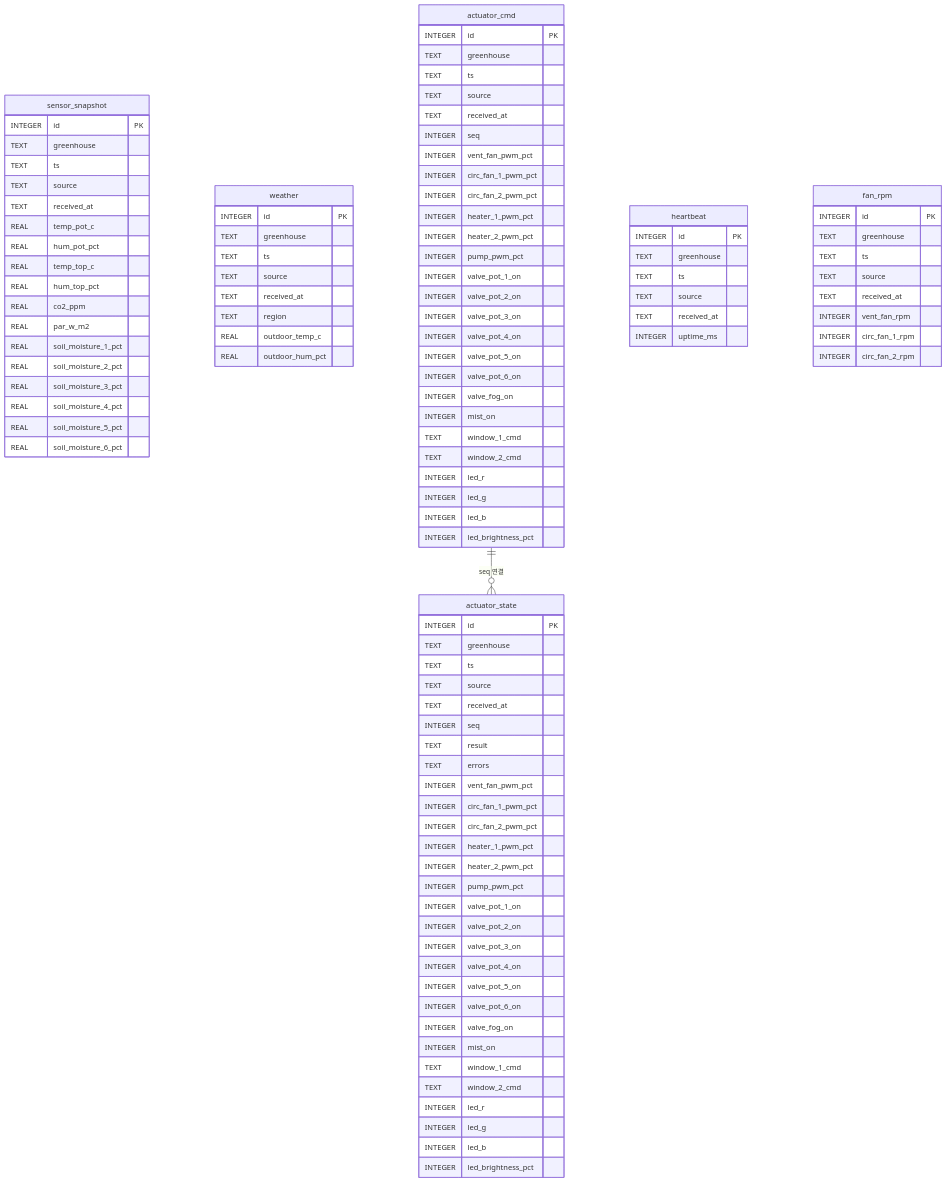
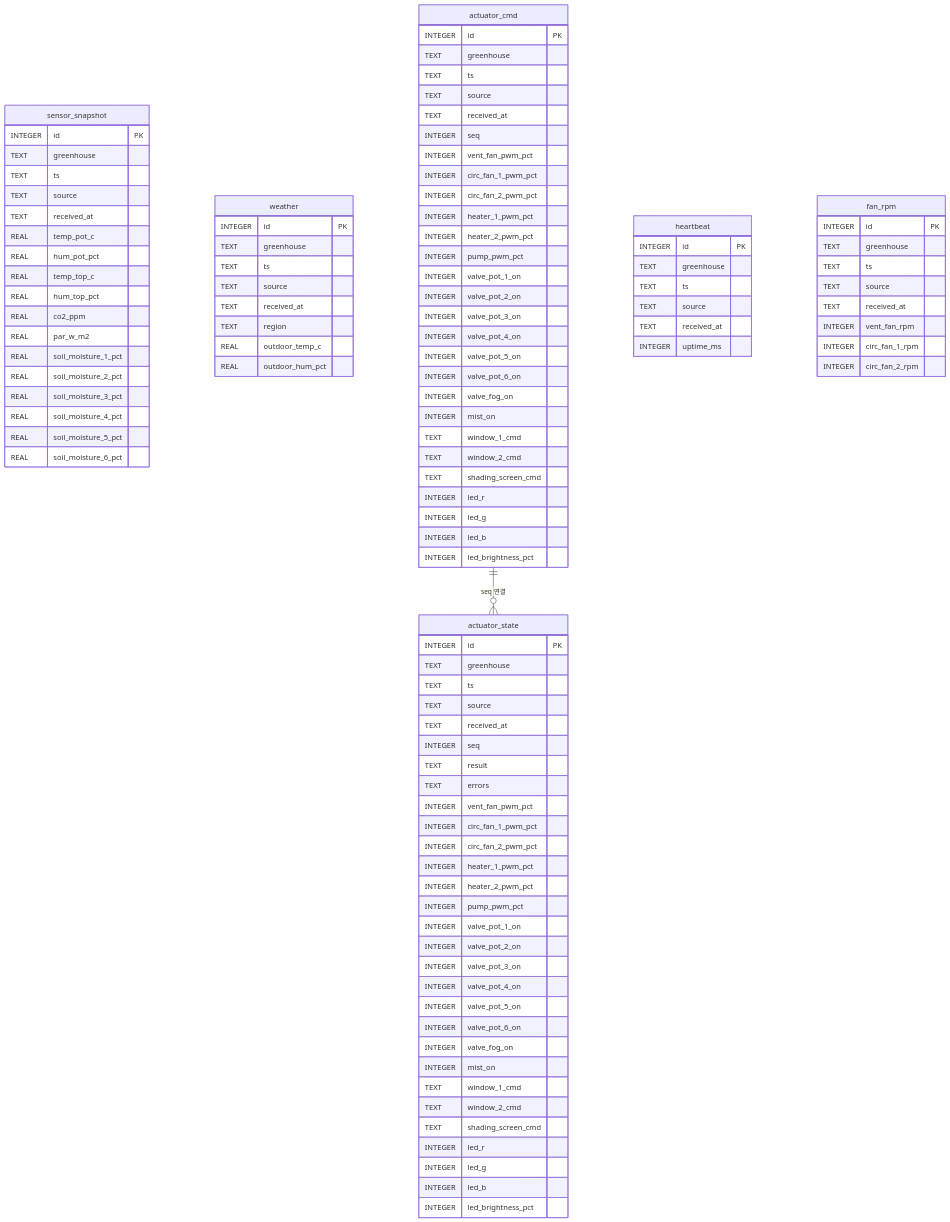
One commit to TaesuYim/smartfarm changed the diagram in docs/db-schema.md. Above: the diagram before and after it, drawn with Mermaid. The commit also changed other lines of this file and 7 other files, not shown here.

```diff
--- a/docs/db-schema.md
+++ b/docs/db-schema.md
@@ -356,6 +358,7 @@
         INTEGER mist_on
         TEXT window_1_cmd
         TEXT window_2_cmd
+        TEXT shading_screen_cmd
         INTEGER led_r
         INTEGER led_g
         INTEGER led_b
@@ -387,6 +390,7 @@
         INTEGER mist_on
         TEXT window_1_cmd
         TEXT window_2_cmd
+        TEXT shading_screen_cmd
         INTEGER led_r
         INTEGER led_g
         INTEGER led_b
```
